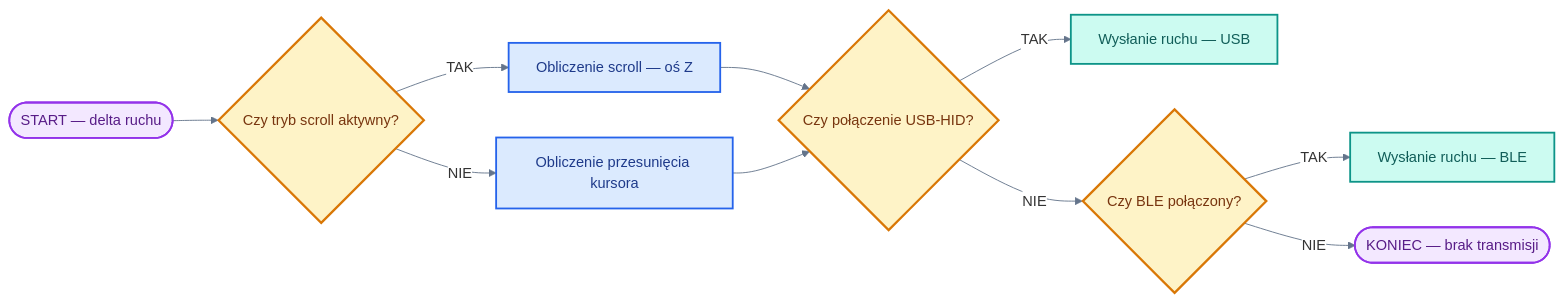
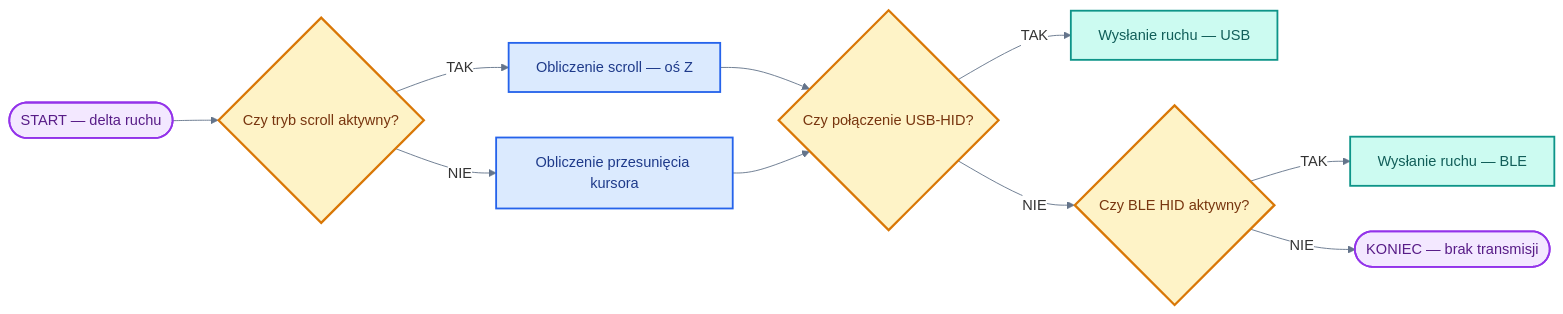
Before and after one commit to bartkadres-ai/HEFAS-4.0: the tenth of 10 diagrams in README.md, drawn with Mermaid. The commit also changed other lines of this file, not shown here.

````diff
--- a/README.md
+++ b/README.md
@@ -674,22 +676,22 @@
 ```mermaid
 %%{init: { 'theme': 'default', 'themeVariables': { 'darkMode': false, 'background': '#ffffff', 'mainBkg': '#ffffff', 'primaryColor': '#ffffff', 'secondaryColor': '#ffffff', 'tertiaryColor': '#ffffff', 'primaryTextColor': '#1e293b', 'secondaryTextColor': '#334155', 'lineColor': '#64748b', 'primaryBorderColor': '#94a3b8', 'clusterBkg': '#f1f5f9', 'clusterBorder': '#94a3b8', 'edgeLabelBackground': '#ffffff', 'noteBkgColor': '#f8fafc', 'noteTextColor': '#475569', 'fontFamily': 'arial' }}}%%
 flowchart LR
     R([START — delta ruchu]) --> SC{Czy tryb scroll aktywny?}
     SC -->|TAK| WH[Obliczenie scroll — oś Z]
     SC -->|NIE| MV[Obliczenie przesunięcia kursora]
     WH --> CH{Czy połączenie USB-HID?}
     MV --> CH
     CH -->|TAK| UM[Wysłanie ruchu — USB]
-    CH -->|NIE| BM{Czy BLE połączony?}
+    CH -->|NIE| BM{Czy BLE HID aktywny?}
     BM -->|TAK| BL[Wysłanie ruchu — BLE]
     BM -->|NIE| X([KONIEC — brak transmisji])
 
     classDef startEnd fill:#f3e8ff,stroke:#9333ea,stroke-width:2px,color:#581c87
     classDef process fill:#dbeafe,stroke:#2563eb,stroke-width:2px,color:#1e3a8a
     classDef decision fill:#fef3c7,stroke:#d97706,stroke-width:2.5px,color:#78350f
     classDef connect fill:#ccfbf1,stroke:#0d9488,stroke-width:2px,color:#115e59
     class R,X startEnd
     class WH,MV process
     class SC,CH,BM decision
     class UM,BL connect
 ```
````
